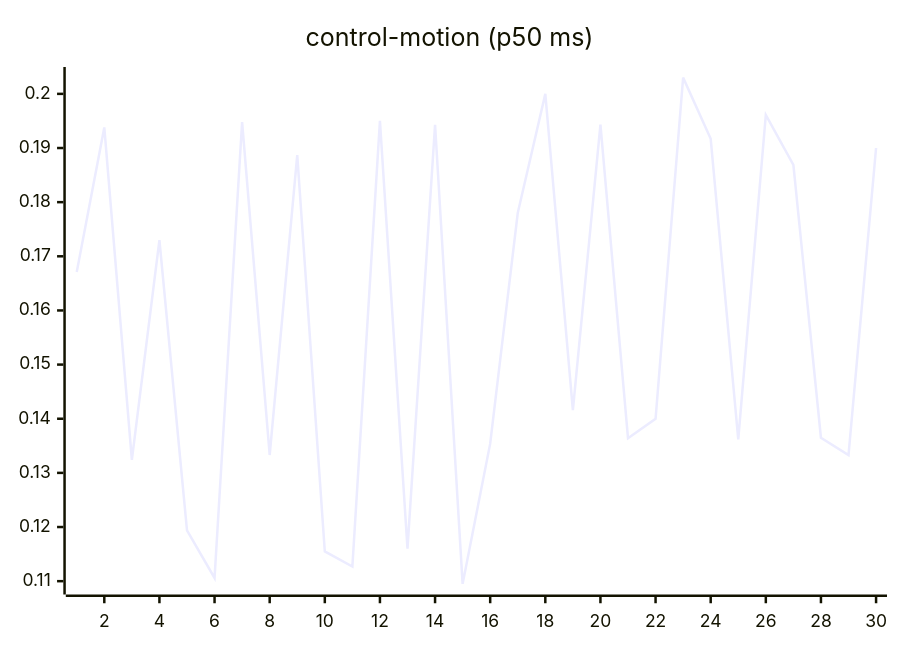
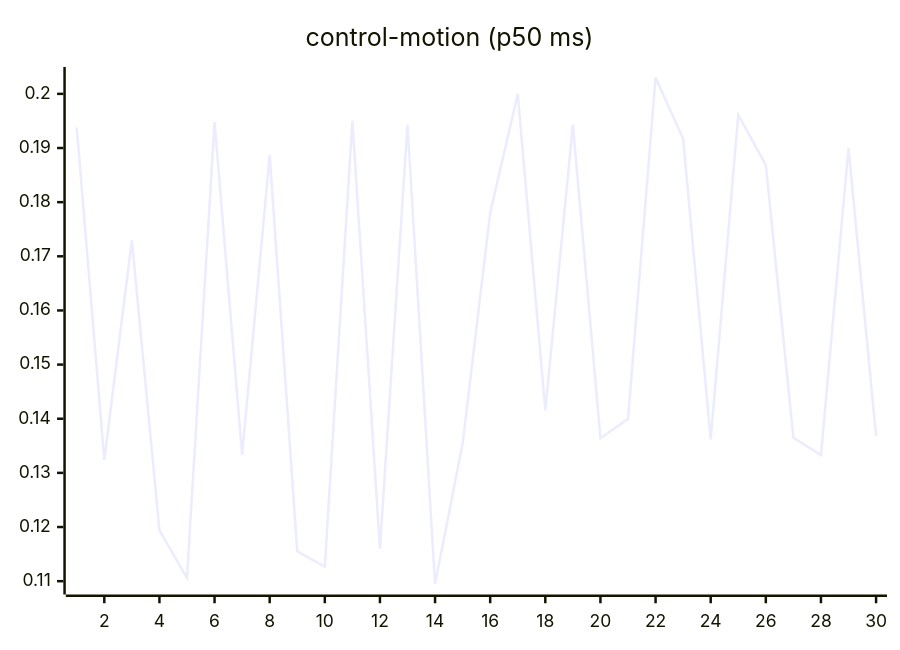
Before and after one commit to josha/Facet: the seventh of 27 diagrams in README.md, drawn with Mermaid. The commit also changed other lines of this file and 2 other files, not shown here.

````diff
--- a/README.md
+++ b/README.md
@@ -105,6 +105,6 @@
 ```mermaid
 xychart-beta
     title "control-motion (p50 ms)"
     x-axis 1 --> 30
-    line [0.1671, 0.1938, 0.1324, 0.1730, 0.1194, 0.1106, 0.1948, 0.1333, 0.1887, 0.1155, 0.1127, 0.1950, 0.1160, 0.1943, 0.1095, 0.1354, 0.1780, 0.2000, 0.1416, 0.1943, 0.1364, 0.1400, 0.2030, 0.1917, 0.1362, 0.1961, 0.1869, 0.1365, 0.1333, 0.1900]
+    line [0.1938, 0.1324, 0.1730, 0.1194, 0.1106, 0.1948, 0.1333, 0.1887, 0.1155, 0.1127, 0.1950, 0.1160, 0.1943, 0.1095, 0.1354, 0.1780, 0.2000, 0.1416, 0.1943, 0.1364, 0.1400, 0.2030, 0.1917, 0.1362, 0.1961, 0.1869, 0.1365, 0.1333, 0.1900, 0.1368]
 ```
````
